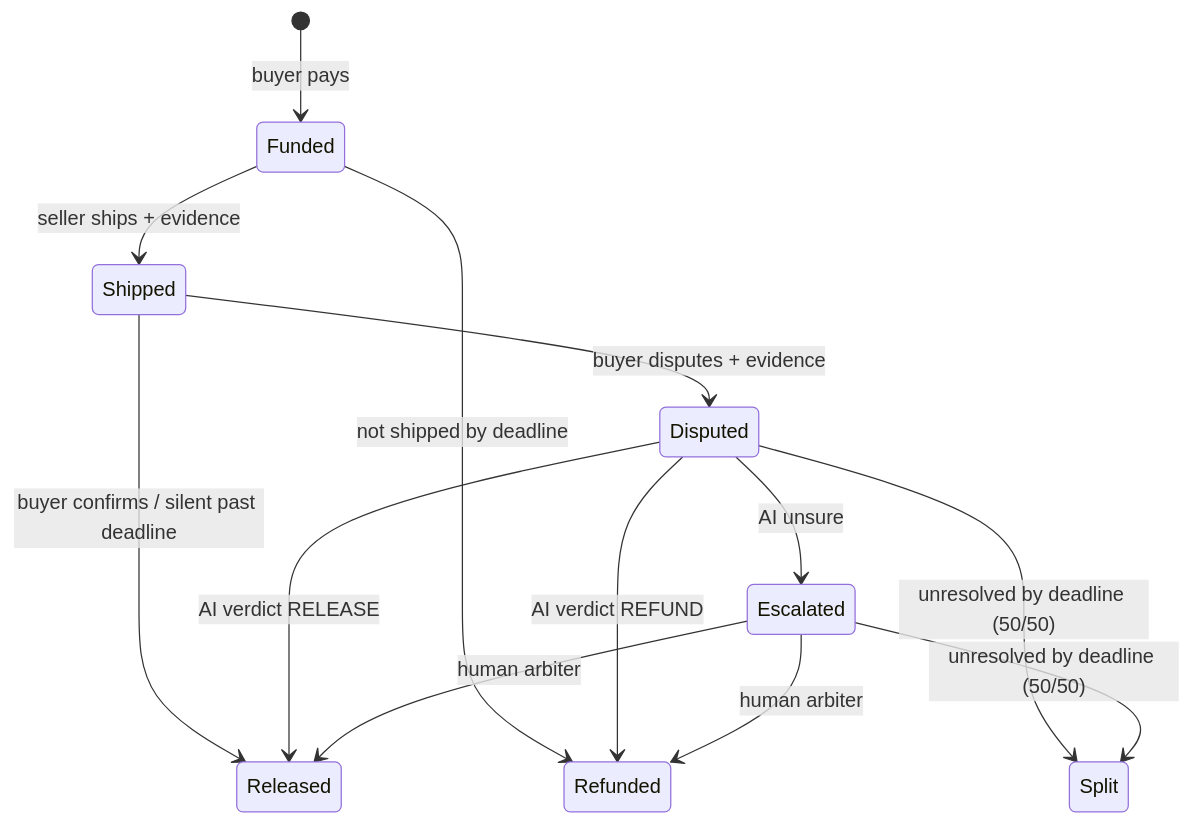
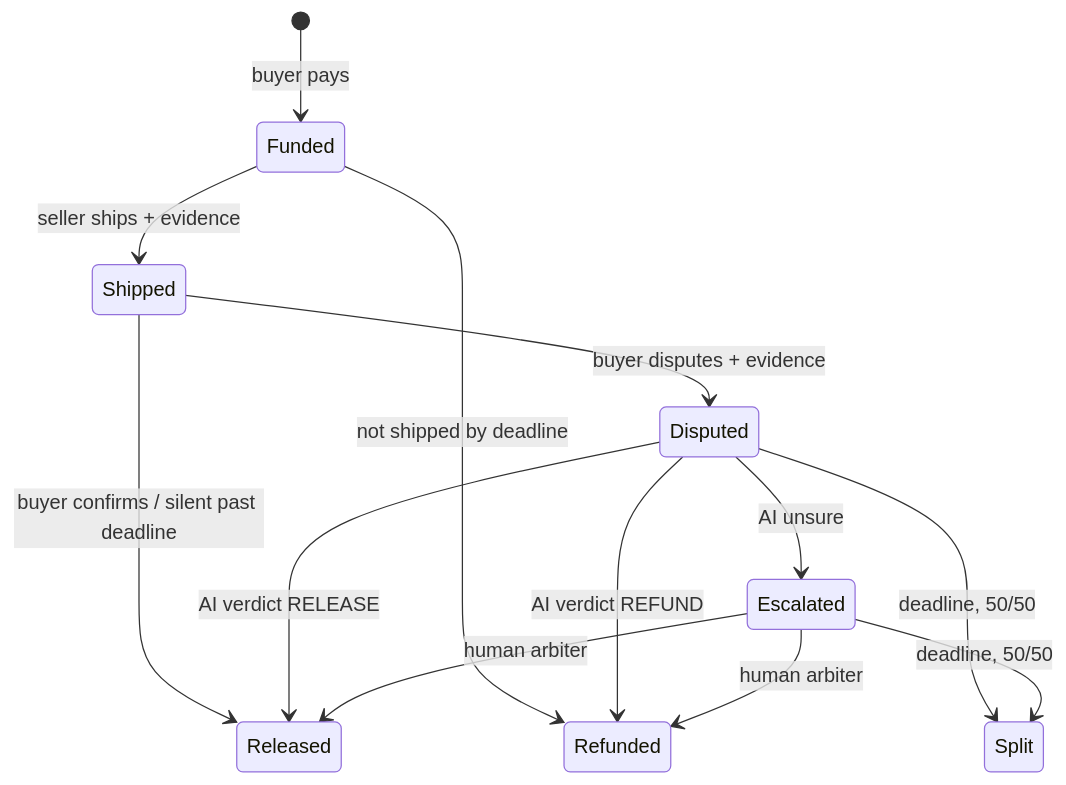
The first of 3 diagrams in README.md (whard2205/Rekber-ai), drawn with Mermaid before and after one commit. The commit also changed other lines of this file and 1 other file, not shown here.

Commit message:
docs(R-15): README dispute-decision diagram, tidier architecture diagram

````diff
--- a/README.md
+++ b/README.md
@@ -33,15 +33,15 @@
 ```mermaid
 stateDiagram-v2
   [*] --> Funded: buyer pays
   Funded --> Shipped: seller ships + evidence
   Funded --> Refunded: not shipped by deadline
   Shipped --> Released: buyer confirms / silent past deadline
   Shipped --> Disputed: buyer disputes + evidence
   Disputed --> Refunded: AI verdict REFUND
   Disputed --> Released: AI verdict RELEASE
   Disputed --> Escalated: AI unsure
   Escalated --> Refunded: human arbiter
   Escalated --> Released: human arbiter
-  Disputed --> Split: unresolved by deadline (50/50)
-  Escalated --> Split: unresolved by deadline (50/50)
+  Disputed --> Split: deadline, 50/50
+  Escalated --> Split: deadline, 50/50
 ```
````
